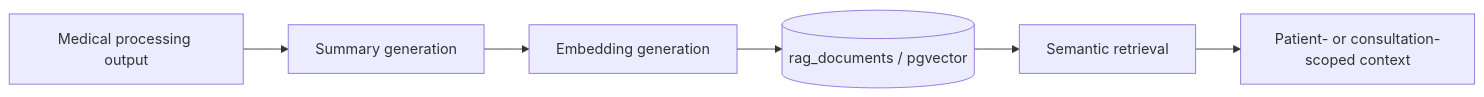
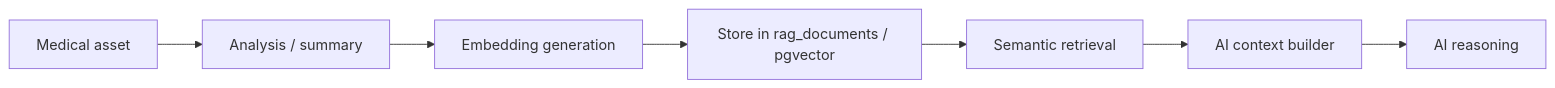
One commit to Dipurajasaha/DocTalk changed the sixth of 11 diagrams in backend/backend.md. Above: the diagram before and after it, drawn with Mermaid. The commit also changed other lines of this file and 11 other files, not shown here.

````diff
--- a/backend/backend.md
+++ b/backend/backend.md
@@ -802,8 +350,9 @@
 ```mermaid
 flowchart LR
-    MedicalProcessing[Medical processing output] --> Summary[Summary generation]
-    Summary --> Embeddings[Embedding generation]
-    Embeddings --> Store[(rag_documents / pgvector)]
-    Store --> Retrieval[Semantic retrieval]
-    Retrieval --> Context[Patient- or consultation-scoped context]
+    Asset["Medical asset"] --> Process["Analysis / summary"]
+    Process --> Embed["Embedding generation"]
+    Embed --> Store["Store in rag_documents / pgvector"]
+    Store --> Retrieve["Semantic retrieval"]
+    Retrieve --> Context["AI context builder"]
+    Context --> AI["AI reasoning"]
 ```
````
